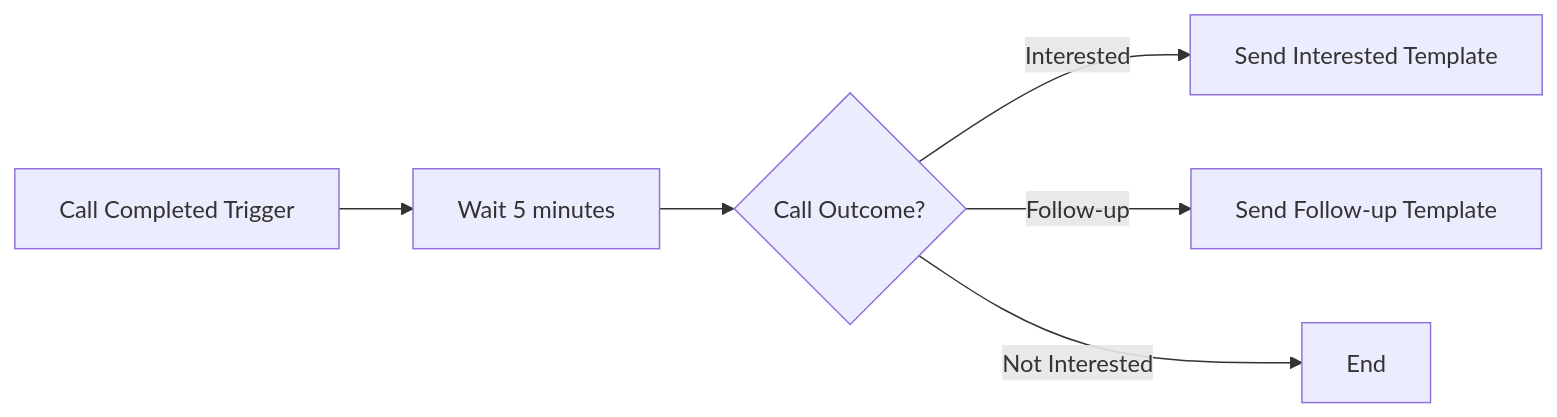
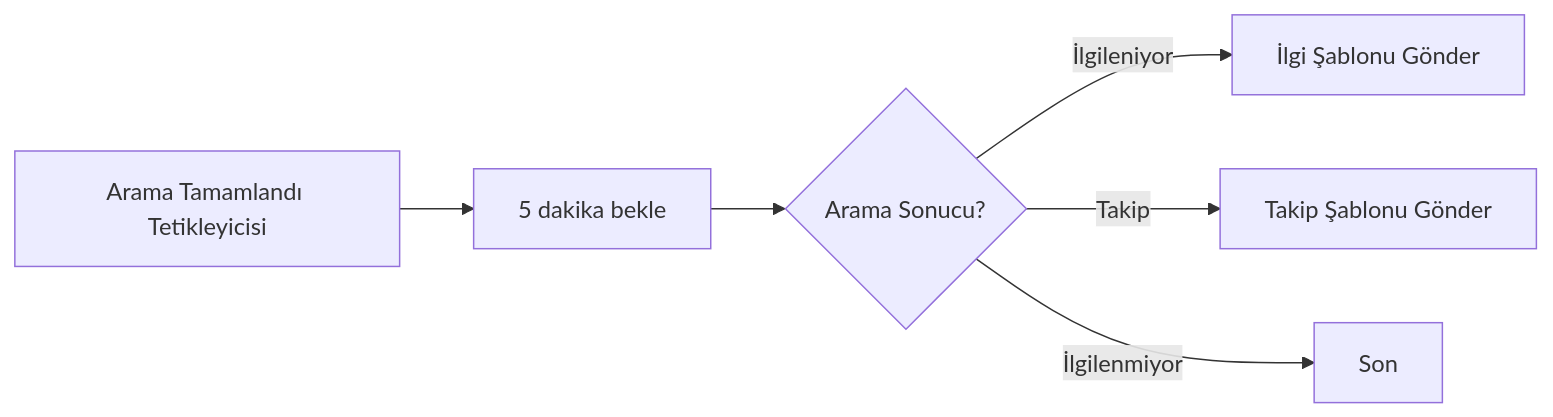
One commit to whattalkai/docs_whattalk changed the first of 3 diagrams in tr/whatsapp/automation.mdx. Above: the diagram before and after it, drawn with Mermaid. The commit also changed other lines of this file and 1 other file, not shown here.

````diff
--- a/tr/whatsapp/automation.mdx
+++ b/tr/whatsapp/automation.mdx
@@ -144,8 +144,8 @@
 ```mermaid
 flowchart LR
-    A[Call Completed Trigger] --> B[Wait 5 minutes]
-    B --> C{Call Outcome?}
-    C -->|Interested| D[Send Interested Template]
-    C -->|Follow-up| E[Send Follow-up Template]
-    C -->|Not Interested| F[End]
+    A[Arama Tamamlandı Tetikleyicisi] --> B[5 dakika bekle]
+    B --> C{Arama Sonucu?}
+    C -->|İlgileniyor| D[İlgi Şablonu Gönder]
+    C -->|Takip| E[Takip Şablonu Gönder]
+    C -->|İlgilenmiyor| F[Son]
 ```
````
